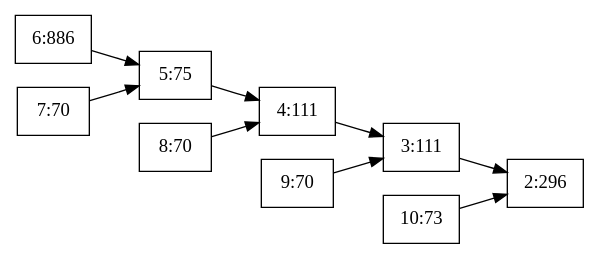
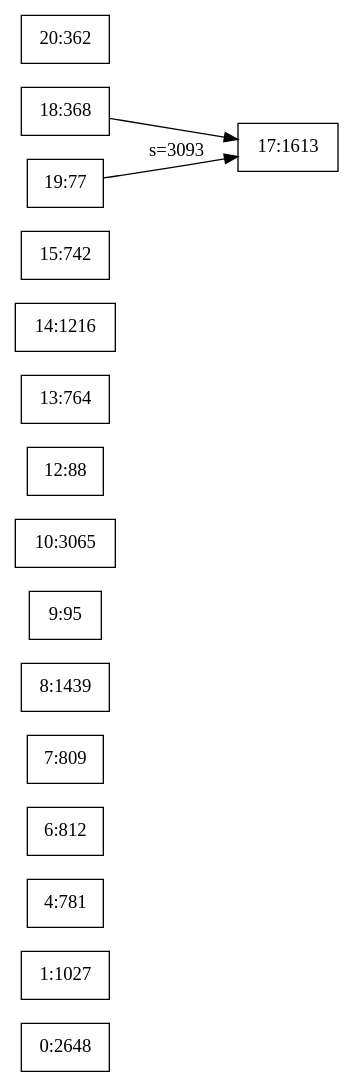
The diagram in graph/rm_after_update_1.dot (agongdai/peta), drawn with Graphviz before and after one commit. The commit also changed 44 other files, not shown here.

```diff
--- a/graph/rm_after_update_1.dot
+++ b/graph/rm_after_update_1.dot
@@ -1,20 +1,21 @@
 digraph g { 
 	rankdir = LR 
-	2 [shape=box, label="2:296"] 
-	3 [shape=box, label="3:111"] 
-	3 -> 2
-	4 [shape=box, label="4:111"] 
-	4 -> 3
-	5 [shape=box, label="5:75"] 
-	5 -> 4
-	6 [shape=box, label="6:886"] 
-	6 -> 5
-	7 [shape=box, label="7:70"] 
-	7 -> 5
-	8 [shape=box, label="8:70"] 
-	8 -> 4
-	9 [shape=box, label="9:70"] 
-	9 -> 3
-	10 [shape=box, label="10:73"] 
-	10 -> 2
+	0 [shape=box, label="0:2648"] 
+	1 [shape=box, label="1:1027"] 
+	4 [shape=box, label="4:781"] 
+	6 [shape=box, label="6:812"] 
+	7 [shape=box, label="7:809"] 
+	8 [shape=box, label="8:1439"] 
+	9 [shape=box, label="9:95"] 
+	10 [shape=box, label="10:3065"] 
+	12 [shape=box, label="12:88"] 
+	13 [shape=box, label="13:764"] 
+	14 [shape=box, label="14:1216"] 
+	15 [shape=box, label="15:742"] 
+	17 [shape=box, label="17:1613"] 
+	18 [shape=box, label="18:368"] 
+	18 -> 17
+	19 [shape=box, label="19:77"] 
+	19 -> 17 [label="s=3093"] 
+	20 [shape=box, label="20:362"] 
 } 
```
